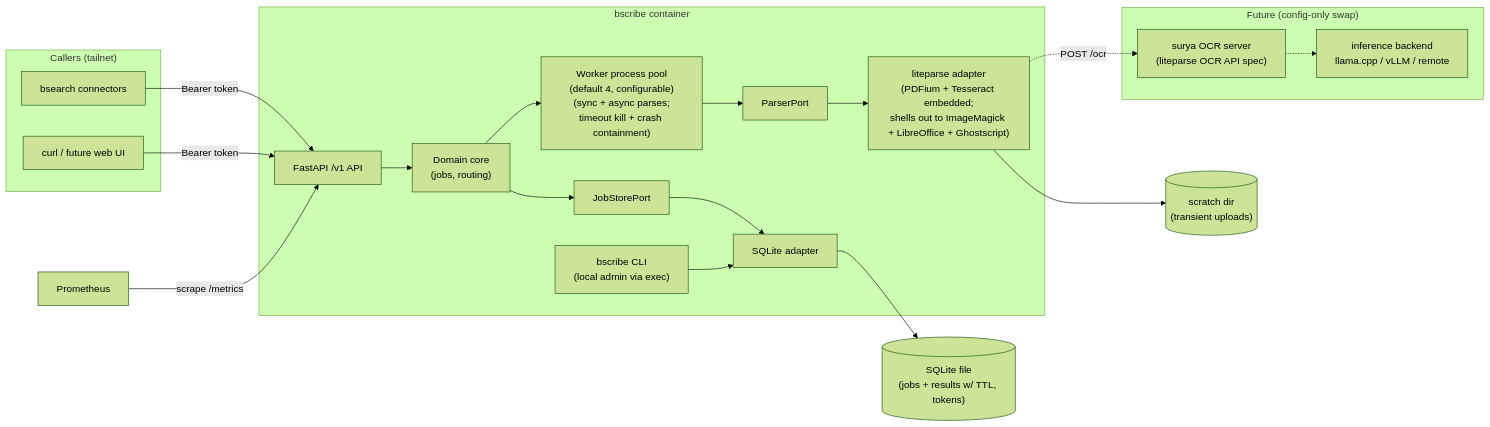
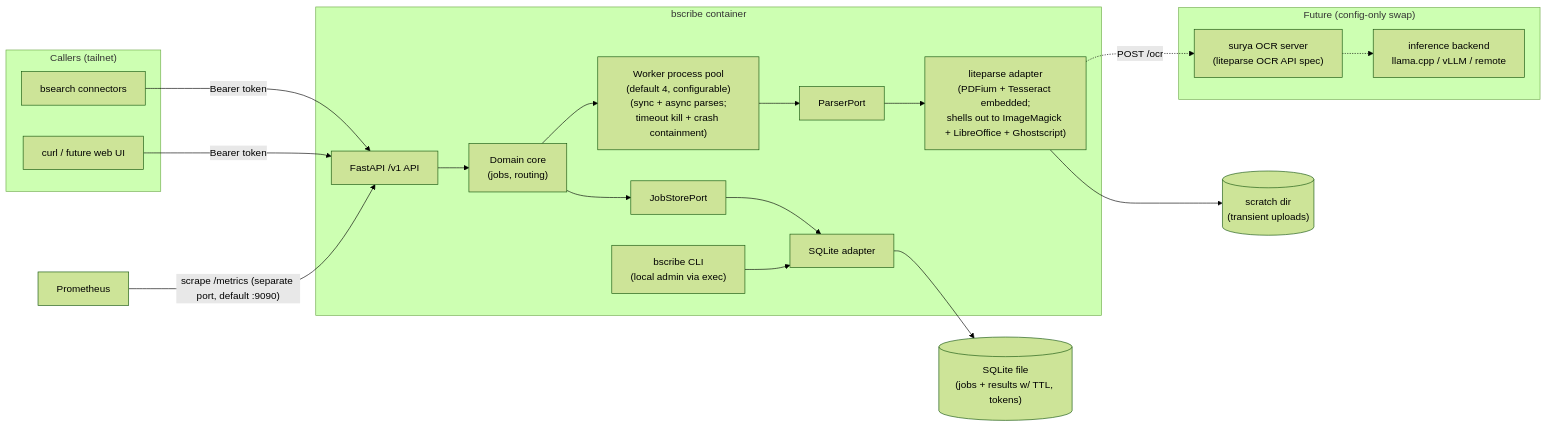
One commit to bcrisp4/bscribe changed the diagram in docs/design.md. Above: the diagram before and after it, drawn with Mermaid (forest theme). The commit also changed other lines of this file and 19 other files, not shown here.

First line of the commit message:
M3.3: Prometheus metrics on a separate port (#22) (#50)

````diff
--- a/docs/design.md
+++ b/docs/design.md
@@ -87,36 +87,36 @@
 ```mermaid
 flowchart LR
     subgraph callers["Callers (tailnet)"]
         BS["bsearch connectors"]
         CURL["curl / future web UI"]
     end
 
     subgraph bscribe["bscribe container"]
         API["FastAPI /v1 API"]
         CORE["Domain core<br/>(jobs, routing)"]
         WP["Worker process pool<br/>(default 4, configurable)<br/>(sync + async parses;<br/>timeout kill + crash containment)"]
         PP["ParserPort"]
         JS["JobStorePort"]
         LP["liteparse adapter<br/>(PDFium + Tesseract embedded;<br/>shells out to ImageMagick + LibreOffice + Ghostscript)"]
         SQ["SQLite adapter"]
         CLI["bscribe CLI<br/>(local admin via exec)"]
     end
 
     SCRATCH[("scratch dir<br/>(transient uploads)")]
     DB[("SQLite file<br/>(jobs + results w/ TTL, tokens)")]
     PROM["Prometheus"]
 
     subgraph future["Future (config-only swap)"]
         OCRS["surya OCR server<br/>(liteparse OCR API spec)"]
         INF["inference backend<br/>llama.cpp / vLLM / remote"]
     end
 
     BS & CURL -->|"Bearer token"| API
     API --> CORE --> WP
     CORE --> JS --> SQ --> DB
     CLI --> SQ
     WP --> PP --> LP
     LP --> SCRATCH
-    PROM -->|"scrape /metrics"| API
+    PROM -->|"scrape /metrics (separate port, default :9090)"| API
     LP -.->|"POST /ocr"| OCRS -.-> INF
 ```
````
